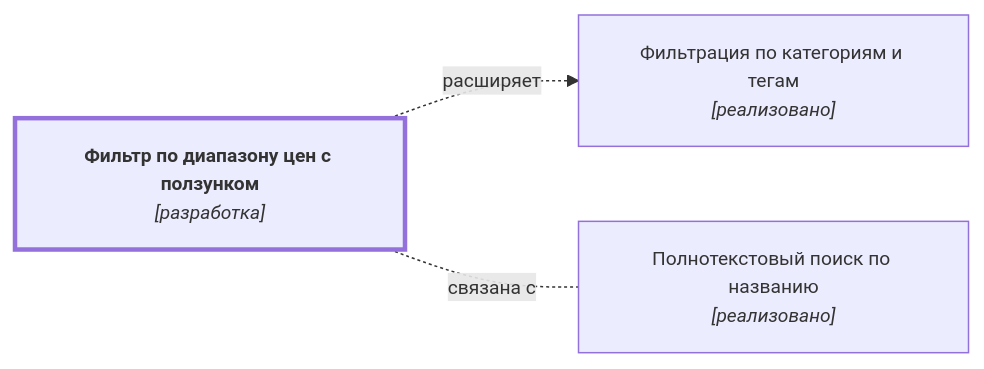
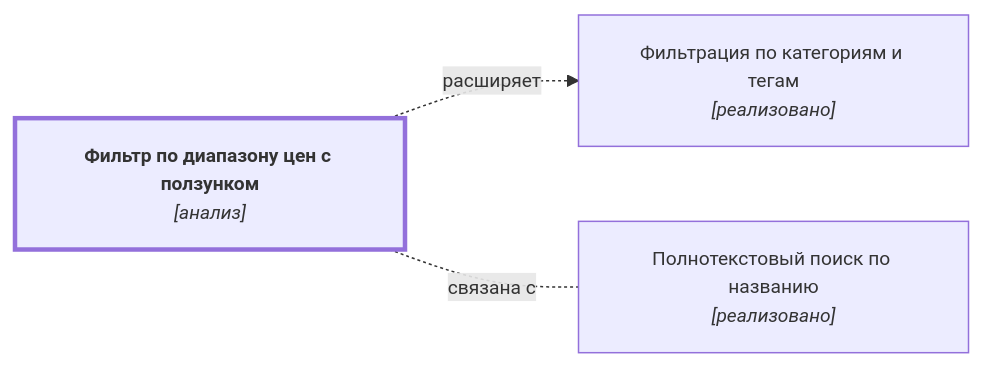
The diagram in docs/registry/active/catalog/filter-price-slider.md (DmitryKhilko/example-app-requirements), drawn with Mermaid before and after one commit. The commit also changed other lines of this file and 4 other files, not shown here.

````diff
--- a/docs/registry/active/catalog/filter-price-slider.md
+++ b/docs/registry/active/catalog/filter-price-slider.md
@@ -42,16 +62,16 @@
 ```mermaid
 %%{init: {"themeVariables": {"fontSize": "12.8px"}}}%%
 flowchart LR
-    n0["<b>Фильтр по диапазону цен с ползунком</b><br/><i>[разработка]</i>"]
+    n0["<b>Фильтр по диапазону цен с ползунком</b><br/><i>[анализ]</i>"]
     n1["Фильтрация по категориям и тегам<br/><i>[реализовано]</i>"]
     n2["Полнотекстовый поиск по названию<br/><i>[реализовано]</i>"]
     n0 -.->|"расширяет"| n1
     n0 -.-|"связана с"| n2
 
     classDef current stroke-width:3px
     classDef archived stroke-dasharray:5 4
     class n0 current
 
     click n1 "../filter-categories/"
     click n2 "../search-text/"
 ```
````
